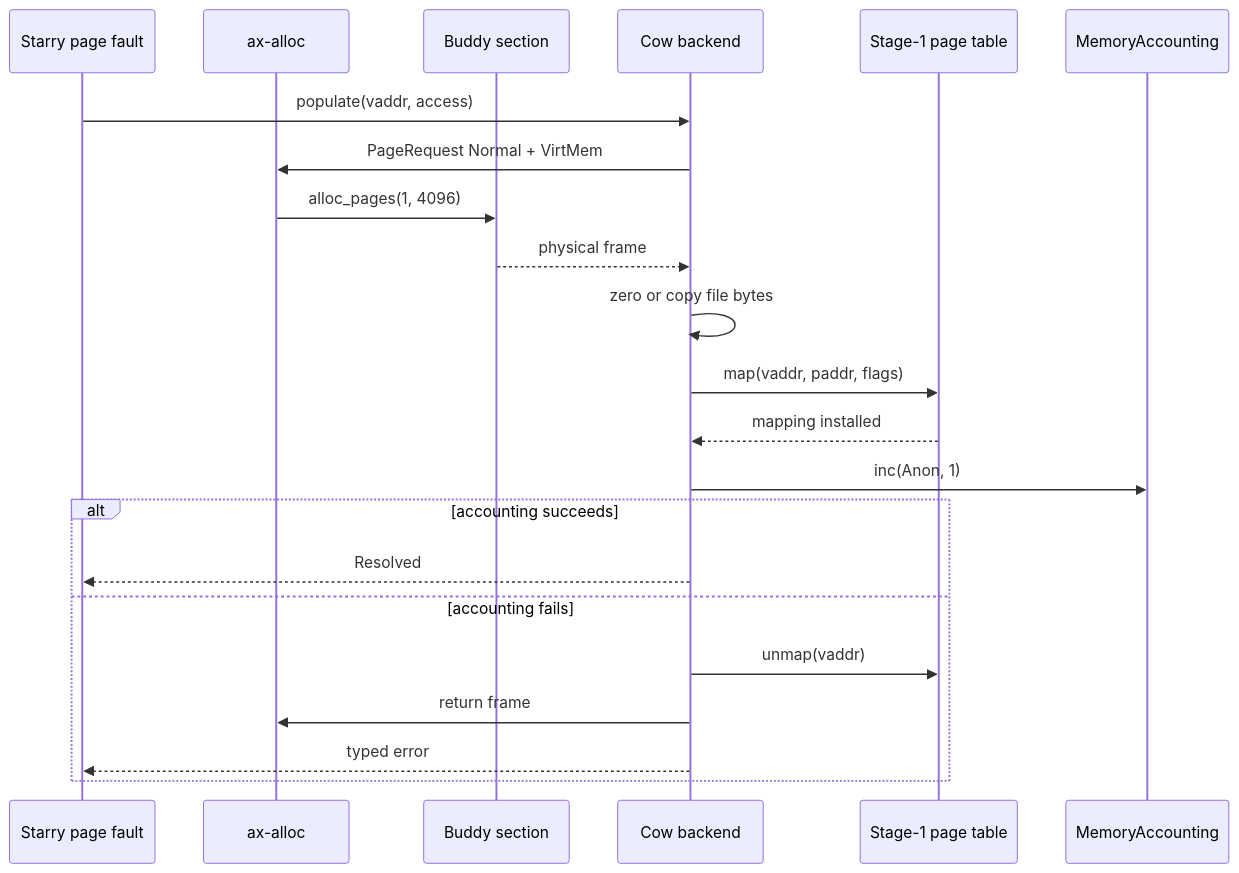
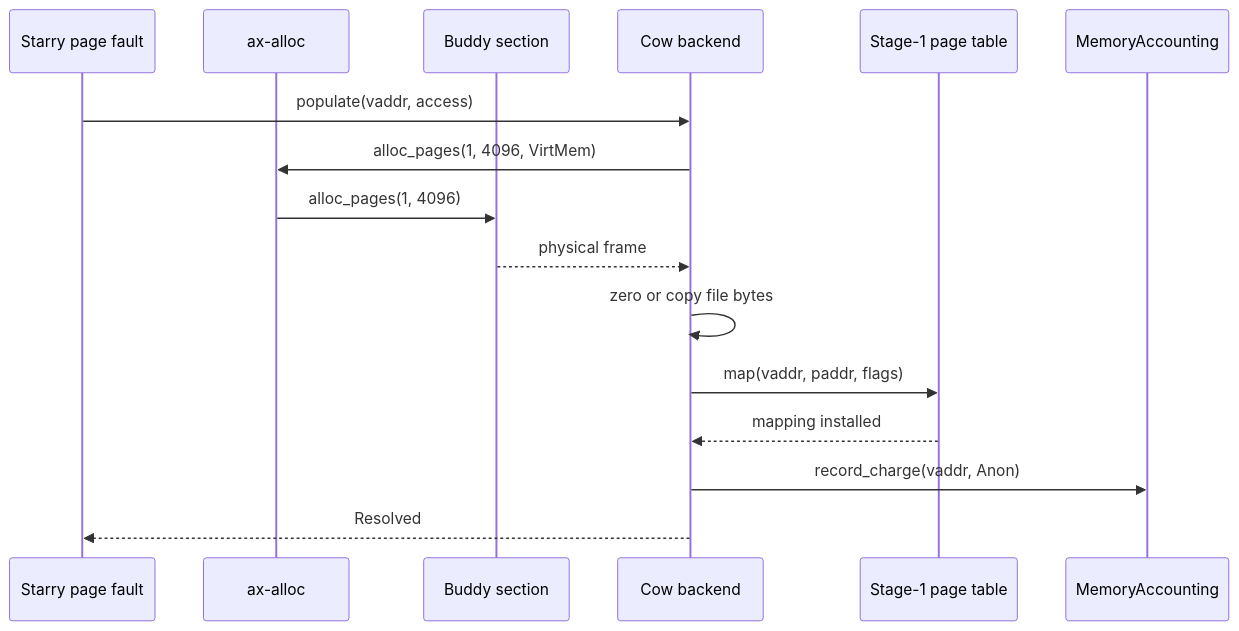
One commit to rcore-os/tgoskits changed the third of 3 diagrams in docs/docs/architecture/memory/overview.md. Above: the diagram before and after it, drawn with Mermaid. The commit also changed other lines of this file and 13 other files, not shown here.

Commit message:
docs(memory): align architecture docs with actual implementation

````diff
--- a/docs/docs/architecture/memory/overview.md
+++ b/docs/docs/architecture/memory/overview.md
@@ -204,25 +204,19 @@
 ```mermaid
 sequenceDiagram
     participant Fault as Starry page fault
     participant Alloc as ax-alloc
     participant Buddy as Buddy section
     participant Backend as Cow backend
     participant PT as Stage-1 page table
     participant 常驻内存集大小 as MemoryAccounting
 
     Fault->>Backend: populate(vaddr, access)
-    Backend->>Alloc: PageRequest Normal + VirtMem
+    Backend->>Alloc: alloc_pages(1, 4096, VirtMem)
     Alloc->>Buddy: alloc_pages(1, 4096)
     Buddy-->>Backend: physical frame
     Backend->>Backend: zero or copy file bytes
     Backend->>PT: map(vaddr, paddr, flags)
     PT-->>Backend: mapping installed
-    Backend->>常驻内存集大小: inc(Anon, 1)
-    alt accounting succeeds
-        Backend-->>Fault: Resolved
-    else accounting fails
-        Backend->>PT: unmap(vaddr)
-        Backend->>Alloc: return frame
-        Backend-->>Fault: typed error
-    end
+    Backend->>常驻内存集大小: record_charge(vaddr, Anon)
+    Backend-->>Fault: Resolved
 ```
````
